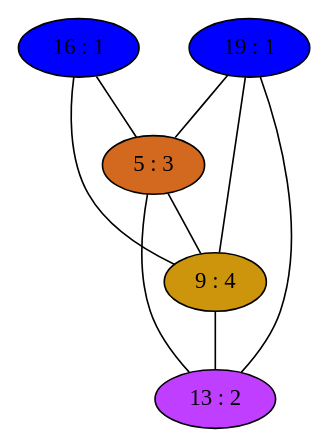
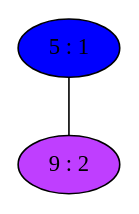
One commit to mbajaj92/Project-Astoria changed the diagram in Compiler/0iGraph.dot. Above: the diagram before and after it, drawn with Graphviz. The commit also changed 85 other files, not shown here.

```diff
--- a/Compiler/0iGraph.dot
+++ b/Compiler/0iGraph.dot
@@ -1,23 +1,6 @@
 strict graph {
-16[label="16 : 1" style=filled fillcolor="blue1"];
-16 -- 5
-16 -- 9
-19[label="19 : 1" style=filled fillcolor="blue1"];
-19 -- 5
-19 -- 9
-19 -- 13
-5[label="5 : 3" style=filled fillcolor="chocolate"];
-5 -- 16
-5 -- 19
+5[label="5 : 1" style=filled fillcolor="blue1"];
 5 -- 9
-5 -- 13
-9[label="9 : 4" style=filled fillcolor="darkgoldenrod3"];
-9 -- 16
-9 -- 19
+9[label="9 : 2" style=filled fillcolor="darkorchid1"];
 9 -- 5
-9 -- 13
-13[label="13 : 2" style=filled fillcolor="darkorchid1"];
-13 -- 19
-13 -- 5
-13 -- 9
 }
```
